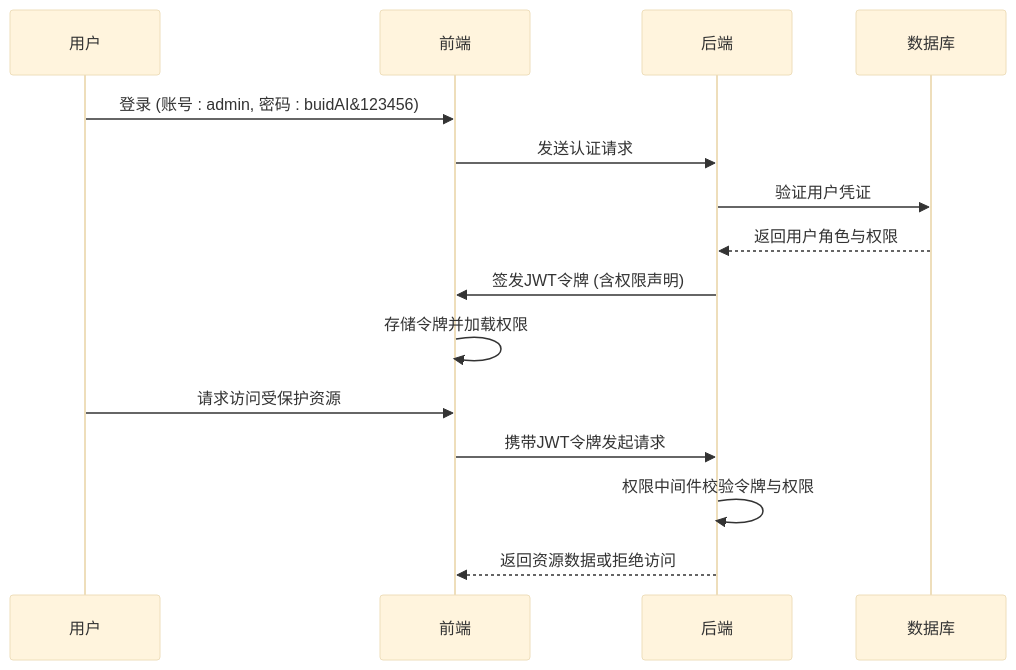
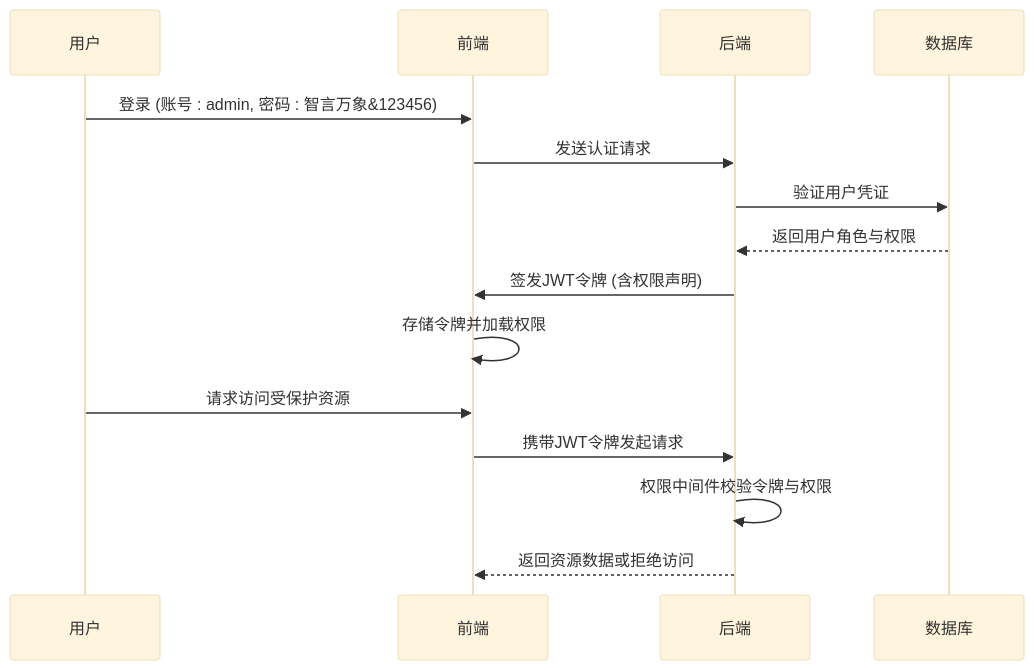
The first of 2 diagrams in .qoder/repowiki/zh/content/核心功能/行业场景解决方案/企业级组织管理模块/权限模型设计.md (lllyyysss77/buidai), drawn with Mermaid (base theme) before and after one commit. The commit also changed other lines of this file and 163 other files, not shown here.

````diff
--- a/.qoder/repowiki/zh/content/核心功能/行业场景解决方案/企业级组织管理模块/权限模型设计.md
+++ b/.qoder/repowiki/zh/content/核心功能/行业场景解决方案/企业级组织管理模块/权限模型设计.md
@@ -48,17 +48,17 @@
 ```mermaid
 sequenceDiagram
 participant 用户
 participant 前端
 participant 后端
 participant 数据库
-用户->>前端 : 登录 (账号 : admin, 密码 : buidAI&123456)
+用户->>前端 : 登录 (账号 : admin, 密码 : 智言万象&123456)
 前端->>后端 : 发送认证请求
 后端->>数据库 : 验证用户凭证
 数据库-->>后端 : 返回用户角色与权限
 后端->>前端 : 签发JWT令牌 (含权限声明)
 前端->>前端 : 存储令牌并加载权限
 用户->>前端 : 请求访问受保护资源
 前端->>后端 : 携带JWT令牌发起请求
 后端->>后端 : 权限中间件校验令牌与权限
 后端-->>前端 : 返回资源数据或拒绝访问
 ```
````
